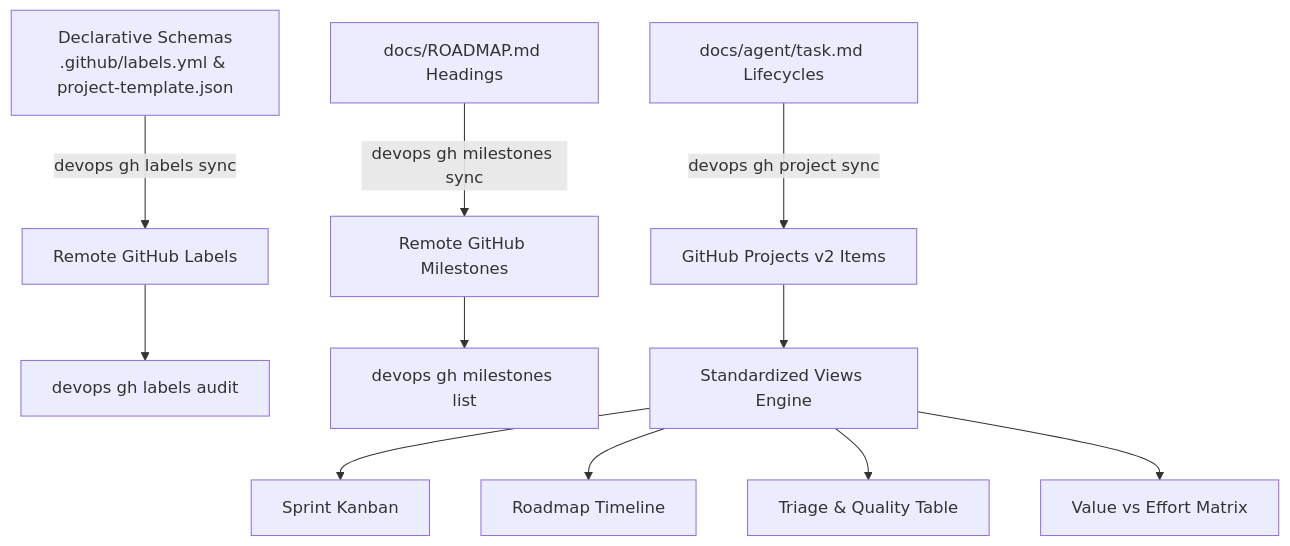
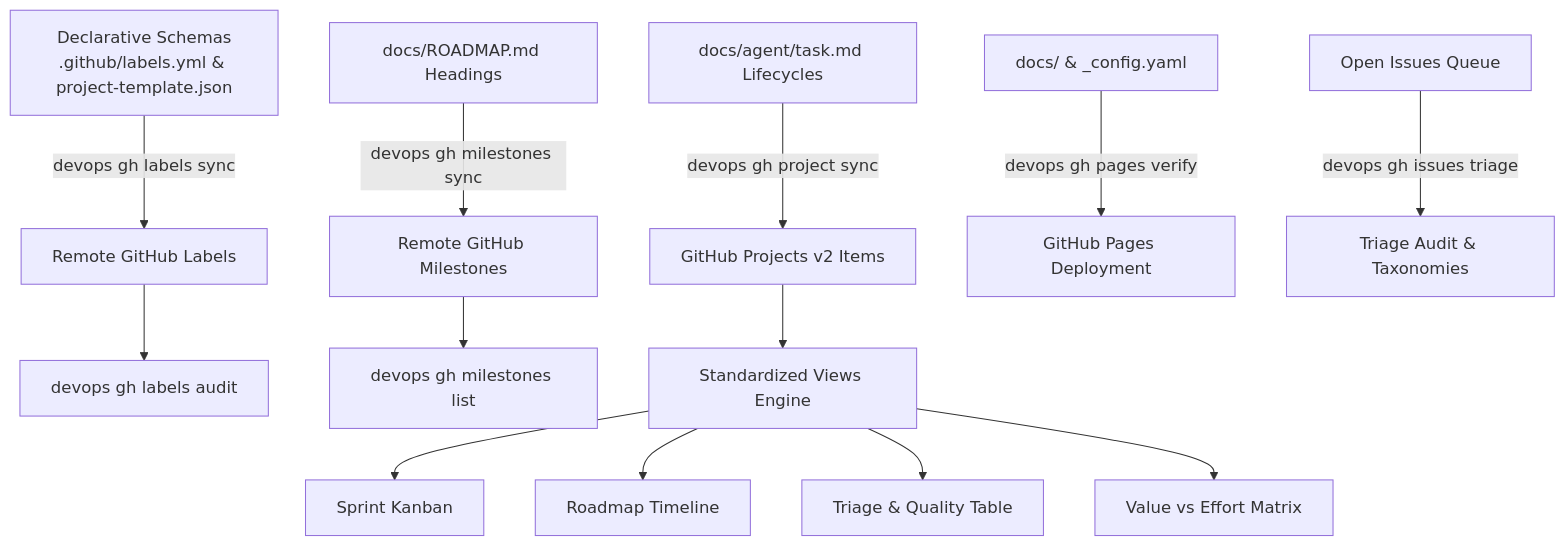
One commit to dan-petty/devops-cli changed the diagram in src/devops_cli/ai/knowledge_base/devops_cli/tasks/github_project_management.md. Above: the diagram before and after it, drawn with Mermaid. The commit also changed other lines of this file and 117 other files, not shown here.

````diff
--- a/src/devops_cli/ai/knowledge_base/devops_cli/tasks/github_project_management.md
+++ b/src/devops_cli/ai/knowledge_base/devops_cli/tasks/github_project_management.md
@@ -15,13 +17,15 @@
 ```mermaid
 graph TD
     A[Declarative Schemas<br/>.github/labels.yml & project-template.json] -->|devops gh labels sync| B[Remote GitHub Labels]
     C[docs/ROADMAP.md Headings] -->|devops gh milestones sync| D[Remote GitHub Milestones]
     E[docs/agent/task.md Lifecycles] -->|devops gh project sync| F[GitHub Projects v2 Items]
-    B --> G[devops gh labels audit]
-    D --> H[devops gh milestones list]
-    F --> I[Standardized Views Engine]
-    I --> J[Sprint Kanban]
-    I --> K[Roadmap Timeline]
-    I --> L[Triage & Quality Table]
-    I --> M[Value vs Effort Matrix]
+    G[docs/ & _config.yaml] -->|devops gh pages verify| H[GitHub Pages Deployment]
+    I[Open Issues Queue] -->|devops gh issues triage| J[Triage Audit & Taxonomies]
+    B --> K[devops gh labels audit]
+    D --> L[devops gh milestones list]
+    F --> M[Standardized Views Engine]
+    M --> N[Sprint Kanban]
+    M --> O[Roadmap Timeline]
+    M --> P[Triage & Quality Table]
+    M --> Q[Value vs Effort Matrix]
 ```
````
